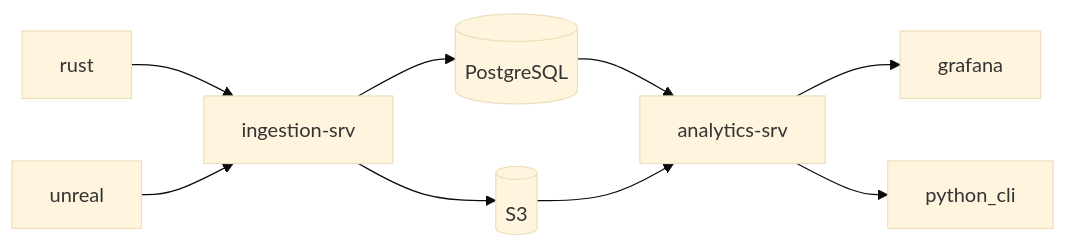
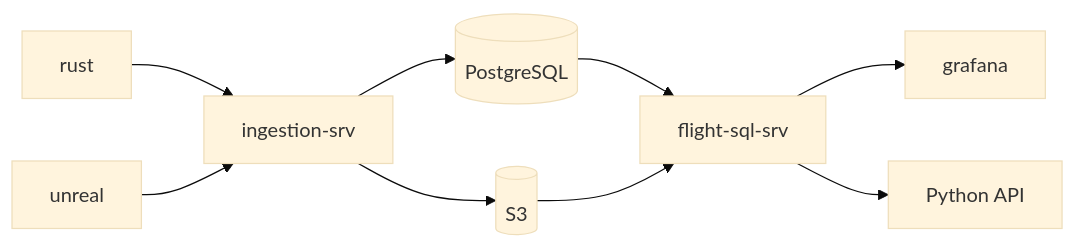
Before and after one commit to madesroches/micromegas: the first of 4 diagrams in doc/design-presentation/design.md, drawn with Mermaid (base theme). The commit also changed other lines of this file and 2 other files, not shown here.

```diff
--- a/doc/design-presentation/design.md
+++ b/doc/design-presentation/design.md
@@ -44,11 +45,11 @@
 <div class="mermaid">
 graph LR;
     rust-->ingestion-srv
     unreal-->ingestion-srv
     ingestion-srv-->postgresql[(PostgreSQL)]
     ingestion-srv-->s3[(S3)]
-    postgresql-->analytics-srv
-    s3-->analytics-srv
-    analytics-srv-->grafana
-    analytics-srv-->python_cli
+    postgresql-->flight-sql-srv
+    s3-->flight-sql-srv
+    flight-sql-srv-->grafana
+    flight-sql-srv-->python_api[Python API]
 </div>
```
